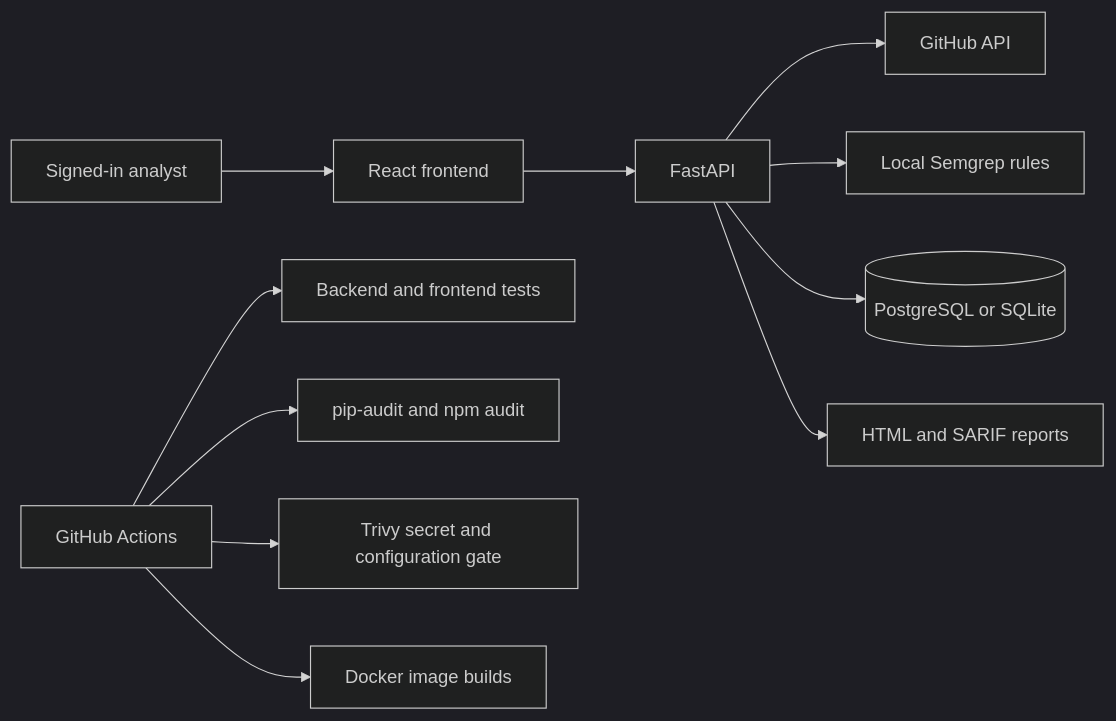
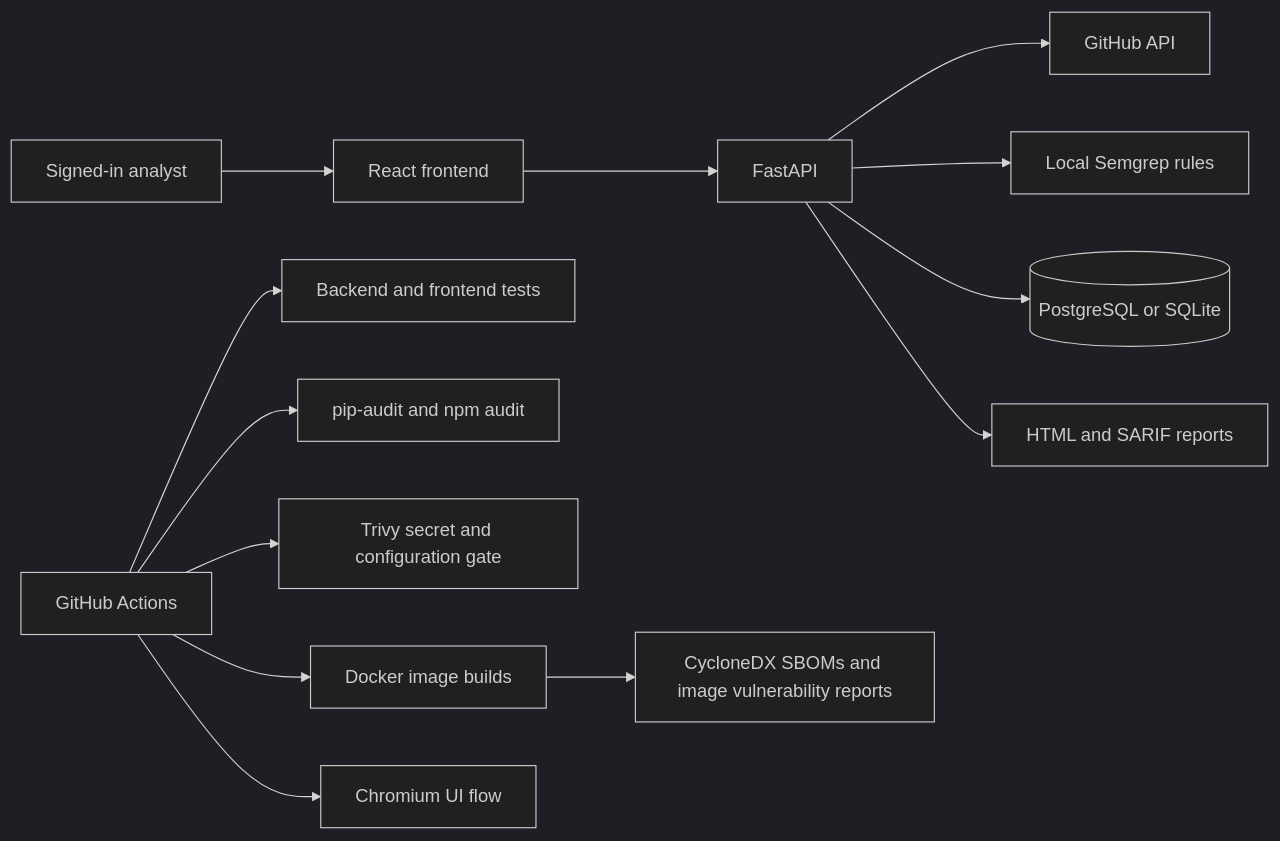
The diagram in docs/PROJECT_SCOPE.md (jeevithviswanathan7882/Zorix-Exposing-Threats-Certifying-Trust), drawn with Mermaid (dark theme) before and after one commit. The commit also changed other lines of this file and 28 other files, not shown here.

````diff
--- a/docs/PROJECT_SCOPE.md
+++ b/docs/PROJECT_SCOPE.md
@@ -7,13 +7,15 @@
 ```mermaid
 flowchart LR
   Analyst[Signed-in analyst] --> UI[React frontend]
   UI --> API[FastAPI]
   API --> GitHub[GitHub API]
   API --> Semgrep[Local Semgrep rules]
   API --> DB[(PostgreSQL or SQLite)]
   API --> Reports[HTML and SARIF reports]
   CI[GitHub Actions] --> Tests[Backend and frontend tests]
   CI --> Audits[pip-audit and npm audit]
   CI --> Trivy[Trivy secret and configuration gate]
   CI --> Images[Docker image builds]
+  CI --> Browser[Chromium UI flow]
+  Images --> SBOM[CycloneDX SBOMs and image vulnerability reports]
 ```
````
